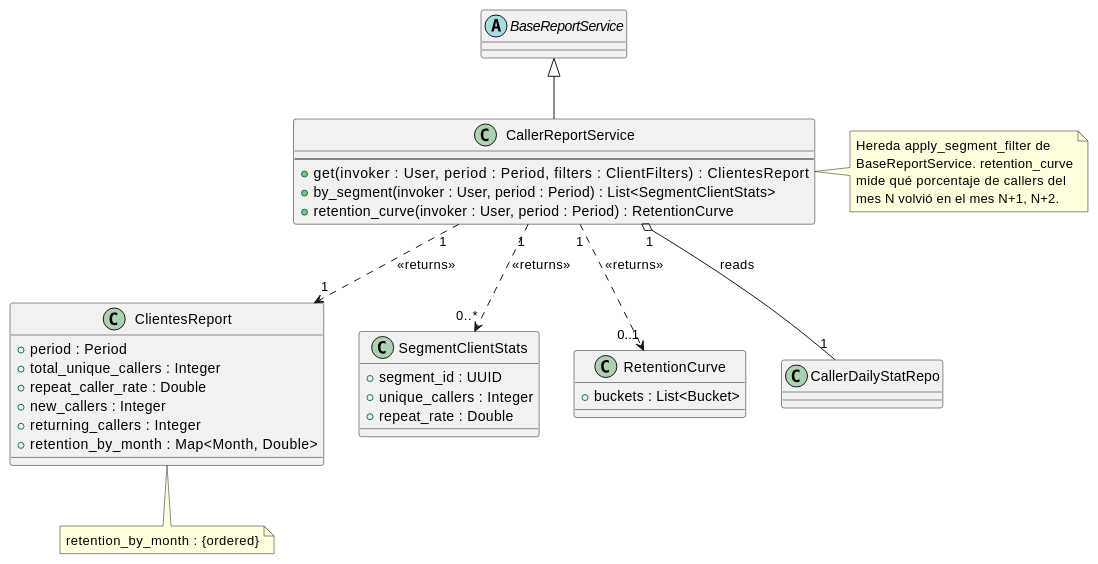
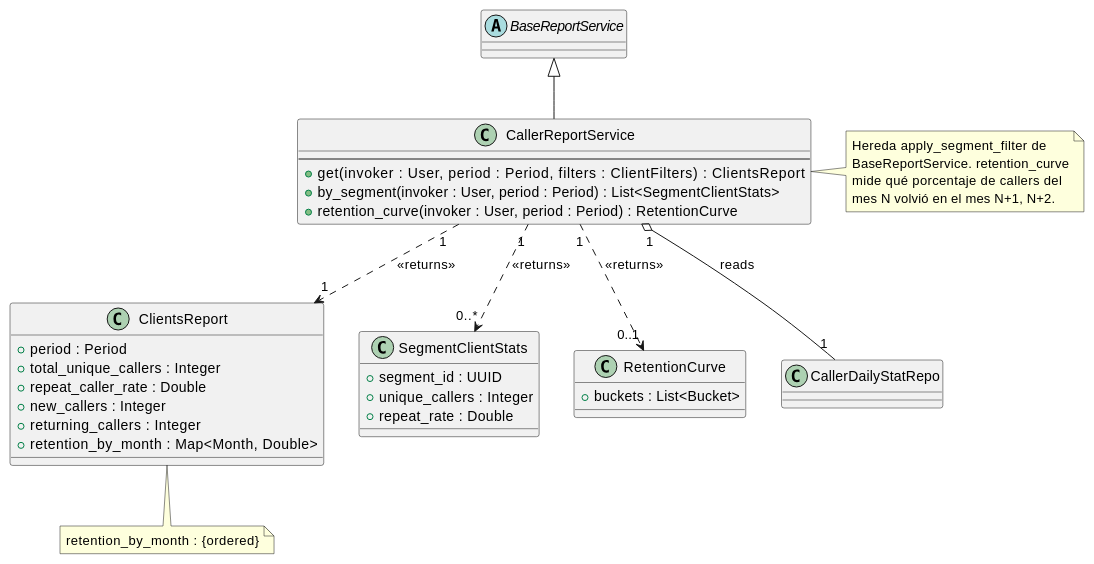
Before and after one commit to jcg-admin/IACT-docs: the diagram in source/arquitectura-tecnica/domain-model/caller-report-service.rst, drawn with PlantUML. The commit also changed 5 other files, not shown here.

```diff
--- a/source/arquitectura-tecnica/domain-model/caller-report-service.rst
+++ b/source/arquitectura-tecnica/domain-model/caller-report-service.rst
@@ -28,56 +28,56 @@
 .. uml::
  :caption: Clase CallerReportService — reporte de
            clientes únicos y retención.
 
  @startuml
 
  abstract class BaseReportService
 
  class CallerReportService {
    --
    + get(invoker : User, period : Period, \
-         filters : ClientFilters) : ClientesReport
+         filters : ClientFilters) : ClientsReport
    + by_segment(invoker : User, period : Period) : List<SegmentClientStats>
    + retention_curve(invoker : User, period : Period) : RetentionCurve
  }
 
  BaseReportService <|-- CallerReportService
 
- class ClientesReport {
+ class ClientsReport {
    + period : Period
    + total_unique_callers : Integer
    + repeat_caller_rate : Double
    + new_callers : Integer
    + returning_callers : Integer
    + retention_by_month : Map<Month, Double>
  }
 
  class SegmentClientStats {
    + segment_id : UUID
    + unique_callers : Integer
    + repeat_rate : Double
  }
 
  class RetentionCurve {
    + buckets : List<Bucket>
  }
 
  class CallerDailyStatRepo
 
  CallerReportService "1" o-- "1" CallerDailyStatRepo : reads
- CallerReportService "1" ..> "1" ClientesReport : <<returns>>
+ CallerReportService "1" ..> "1" ClientsReport : <<returns>>
  CallerReportService "1" ..> "0..*" SegmentClientStats : <<returns>>
  CallerReportService "1" ..> "0..1" RetentionCurve : <<returns>>
 
- note bottom of ClientesReport
+ note bottom of ClientsReport
    retention_by_month : {ordered}
  end note
 
  note right of CallerReportService
    Hereda apply_segment_filter de
    BaseReportService. retention_curve
    mide qué porcentaje de callers del
    mes N volvió en el mes N+1, N+2.
  end note
 
  @enduml
```
